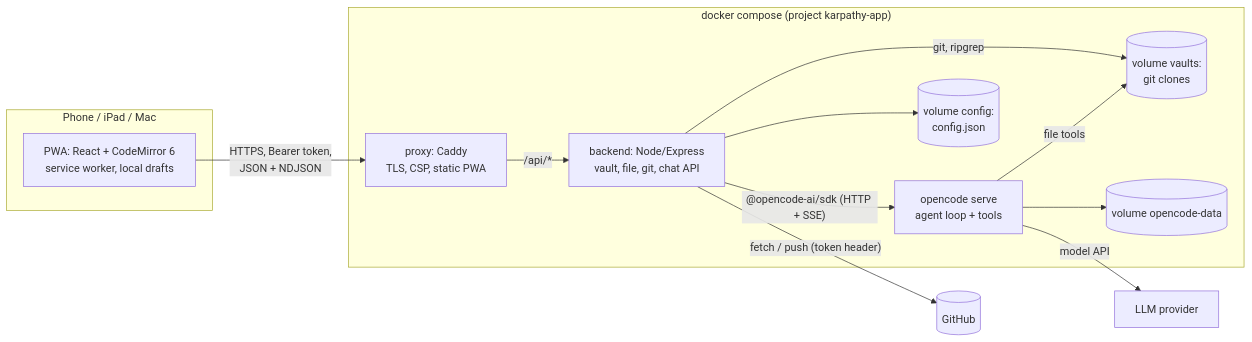
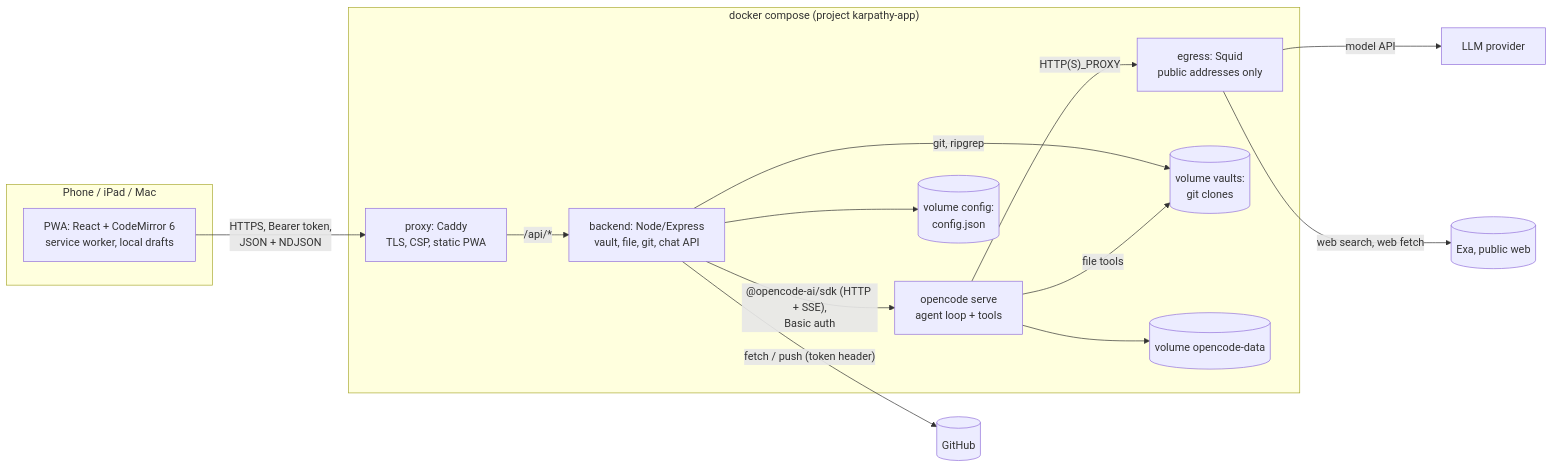
One commit to tillg/karpathy.app changed the first of 6 diagrams in specs/system/architecture.md. Above: the diagram before and after it, drawn with Mermaid. The commit also changed other lines of this file and 6 other files, not shown here.

````diff
--- a/specs/system/architecture.md
+++ b/specs/system/architecture.md
@@ -17,25 +17,29 @@
 ```mermaid
 flowchart LR
   subgraph Device["Phone / iPad / Mac"]
     PWA[PWA: React + CodeMirror 6<br/>service worker, local drafts]
   end
   subgraph Stack["docker compose (project karpathy-app)"]
     P[proxy: Caddy<br/>TLS, CSP, static PWA]
     B[backend: Node/Express<br/>vault, file, git, chat API]
     O[opencode serve<br/>agent loop + tools]
+    E[egress: Squid<br/>public addresses only]
     V[(volume vaults:<br/>git clones)]
     C[(volume config:<br/>config.json)]
     OD[(volume opencode-data)]
   end
   GH[(GitHub)]
   LLM[LLM provider]
+  WEB[(Exa, public web)]
   PWA -- "HTTPS, Bearer token,<br/>JSON + NDJSON" --> P
   P -- "/api/*" --> B
-  B -- "@opencode-ai/sdk (HTTP + SSE)" --> O
+  B -- "@opencode-ai/sdk (HTTP + SSE),<br/>Basic auth" --> O
   B -- "git, ripgrep" --> V
   B --> C
   O -- "file tools" --> V
   O --> OD
   B -- "fetch / push (token header)" --> GH
-  O -- "model API" --> LLM
+  O -- "HTTP(S)_PROXY" --> E
+  E -- "model API" --> LLM
+  E -- "web search, web fetch" --> WEB
 ```
````
